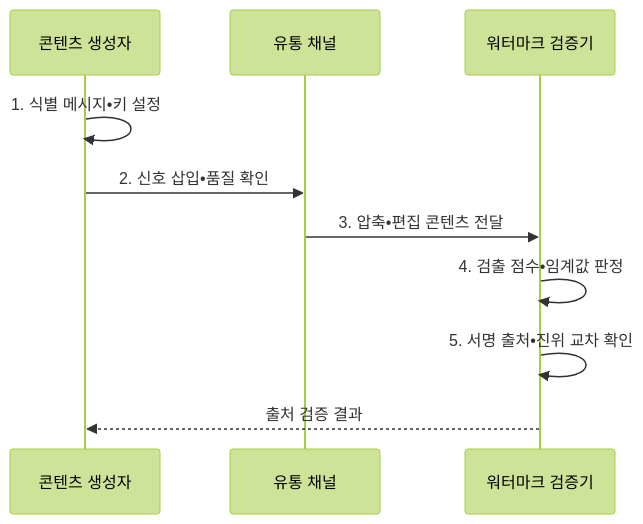
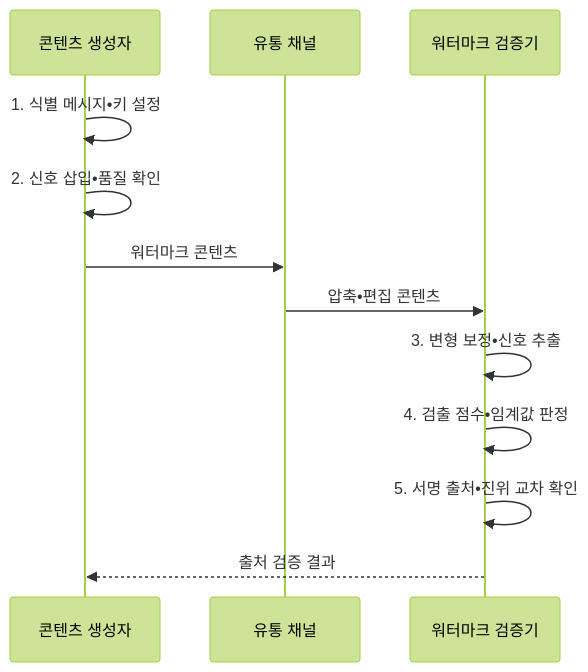
The second of 2 diagrams in src/content/docs/notes/05-security/091_ai_watermarking.md (agnusdei1207/knowledge-base), drawn with Mermaid (forest theme) before and after one commit. The commit also changed other lines of this file and 14 other files, not shown here.

````diff
--- a/src/content/docs/notes/05-security/091_ai_watermarking.md
+++ b/src/content/docs/notes/05-security/091_ai_watermarking.md
@@ -102,12 +102,14 @@
 ```mermaid
 sequenceDiagram
     participant O as 콘텐츠 생성자
     participant C as 유통 채널
     participant V as 워터마크 검증기
     O->>O: 1. 식별 메시지•키 설정
-    O->>C: 2. 신호 삽입•품질 확인
-    C->>V: 3. 압축•편집 콘텐츠 전달
+    O->>O: 2. 신호 삽입•품질 확인
+    O->>C: 워터마크 콘텐츠
+    C->>V: 압축•편집 콘텐츠
+    V->>V: 3. 변형 보정•신호 추출
     V->>V: 4. 검출 점수•임계값 판정
     V->>V: 5. 서명 출처•진위 교차 확인
     V-->>O: 출처 검증 결과
 ```
````
